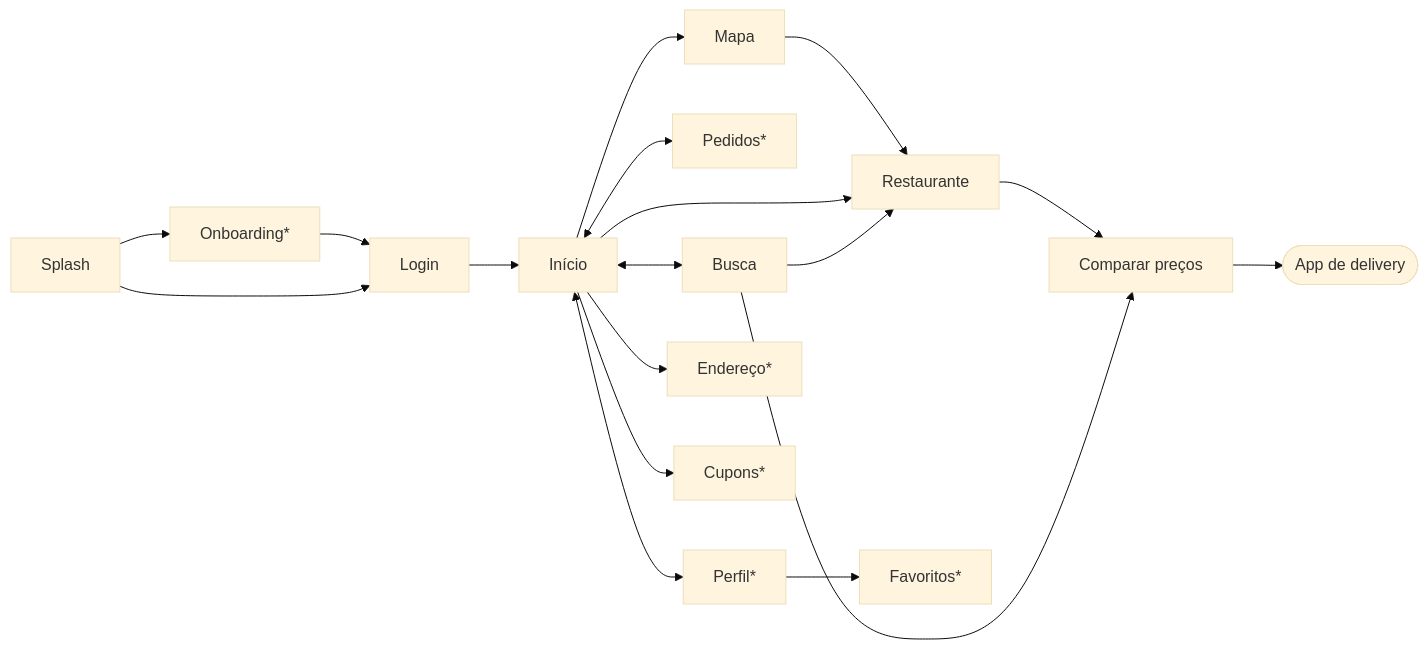
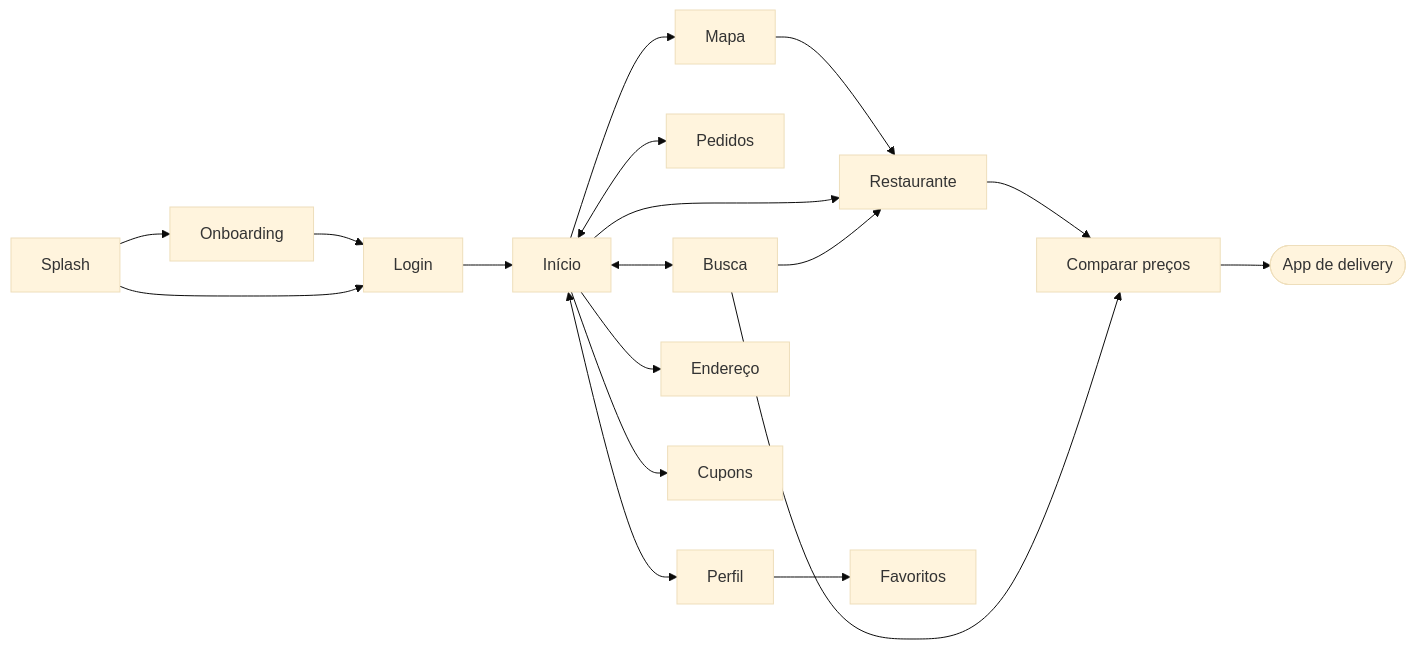
Before and after one commit to helenabc01/CheapEats: the first of 2 diagrams in README.md, drawn with Mermaid (base theme). The commit also changed other lines of this file and 7 other files, not shown here.

````diff
--- a/README.md
+++ b/README.md
@@ -38,16 +53,16 @@
 ```mermaid
 flowchart LR
-    S[Splash] --> O[Onboarding*] --> L[Login]
+    S[Splash] --> O[Onboarding] --> L[Login]
     S --> L
     L --> H[Início]
     H <--> B[Busca]
-    H <--> P[Pedidos*]
-    H <--> U[Perfil*]
+    H <--> P[Pedidos]
+    H <--> U[Perfil]
     H --> M[Mapa] --> R
     H --> R[Restaurante] --> C[Comparar preços] --> D([App de delivery])
     B --> C
     B --> R
-    H --> E[Endereço*]
-    H --> K[Cupons*]
-    U --> F[Favoritos*]
+    H --> E[Endereço]
+    H --> K[Cupons]
+    U --> F[Favoritos]
 ```
````
